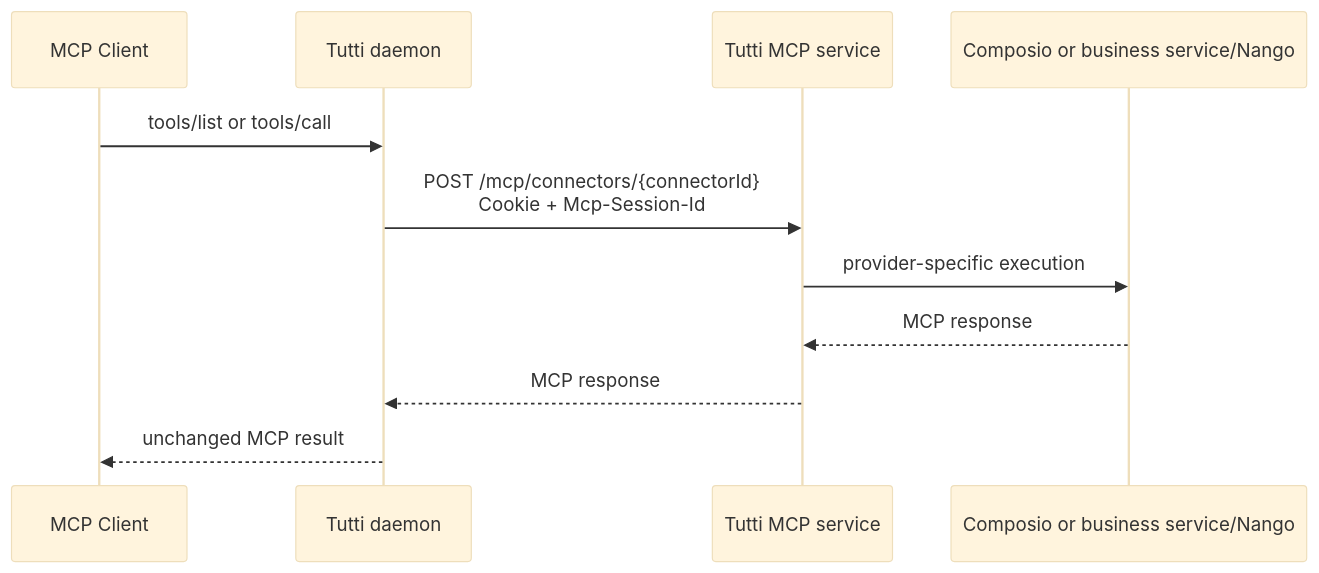
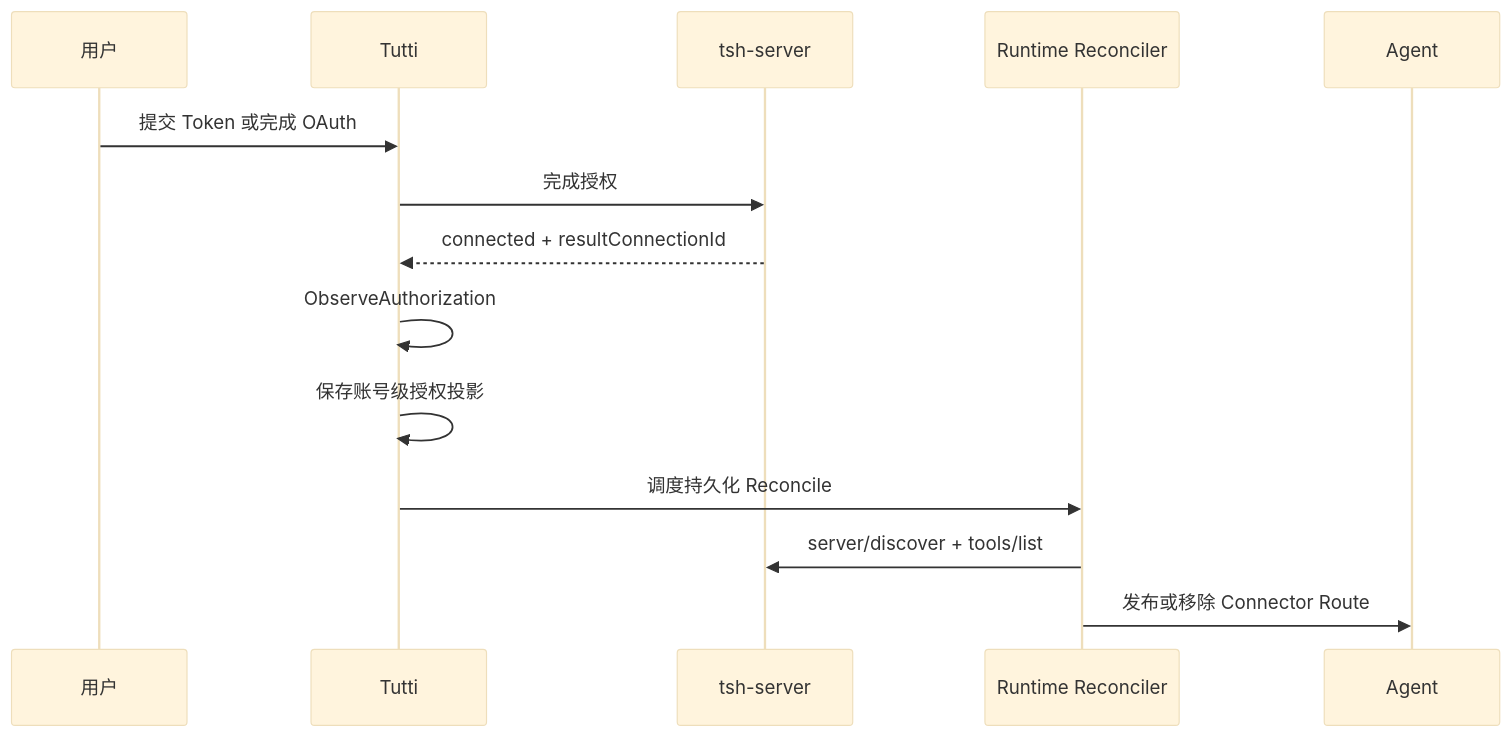
The second of 2 diagrams in docs/architecture/connector-remote-mcp.md (7155/tutti), drawn with Mermaid (base theme) before and after one commit. The commit also changed other lines of this file and 23 other files, not shown here.

Commit message:
feat(connector): add stateless remote MCP runtime

````diff
--- a/docs/architecture/connector-remote-mcp.md
+++ b/docs/architecture/connector-remote-mcp.md
@@ -5,13 +170,17 @@
 ```mermaid
 sequenceDiagram
-    participant Client as MCP Client
-    participant Tutti as Tutti daemon
-    participant Server as Tutti MCP service
-    participant Provider as Composio or business service/Nango
-    Client->>Tutti: tools/list or tools/call
-    Tutti->>Server: POST /mcp/connectors/{connectorId}<br/>Cookie + Mcp-Session-Id
-    Server->>Provider: provider-specific execution
-    Provider-->>Server: MCP response
-    Server-->>Tutti: MCP response
-    Tutti-->>Client: unchanged MCP result
+    participant U as 用户
+    participant T as Tutti
+    participant G as tsh-server
+    participant R as Runtime Reconciler
+    participant A as Agent
+
+    U->>T: 提交 Token 或完成 OAuth
+    T->>G: 完成授权
+    G-->>T: connected + resultConnectionId
+    T->>T: ObserveAuthorization
+    T->>T: 保存账号级授权投影
+    T->>R: 调度持久化 Reconcile
+    R->>G: server/discover + tools/list
+    R->>A: 发布或移除 Connector Route
 ```
````
